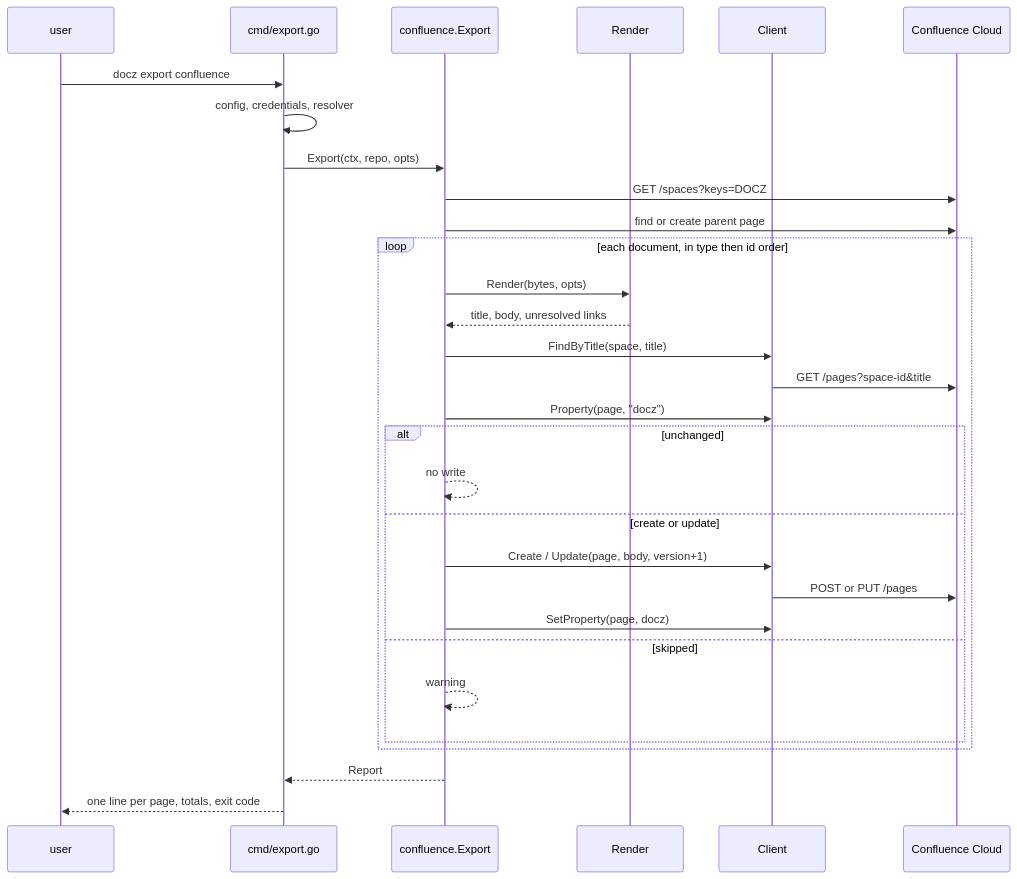
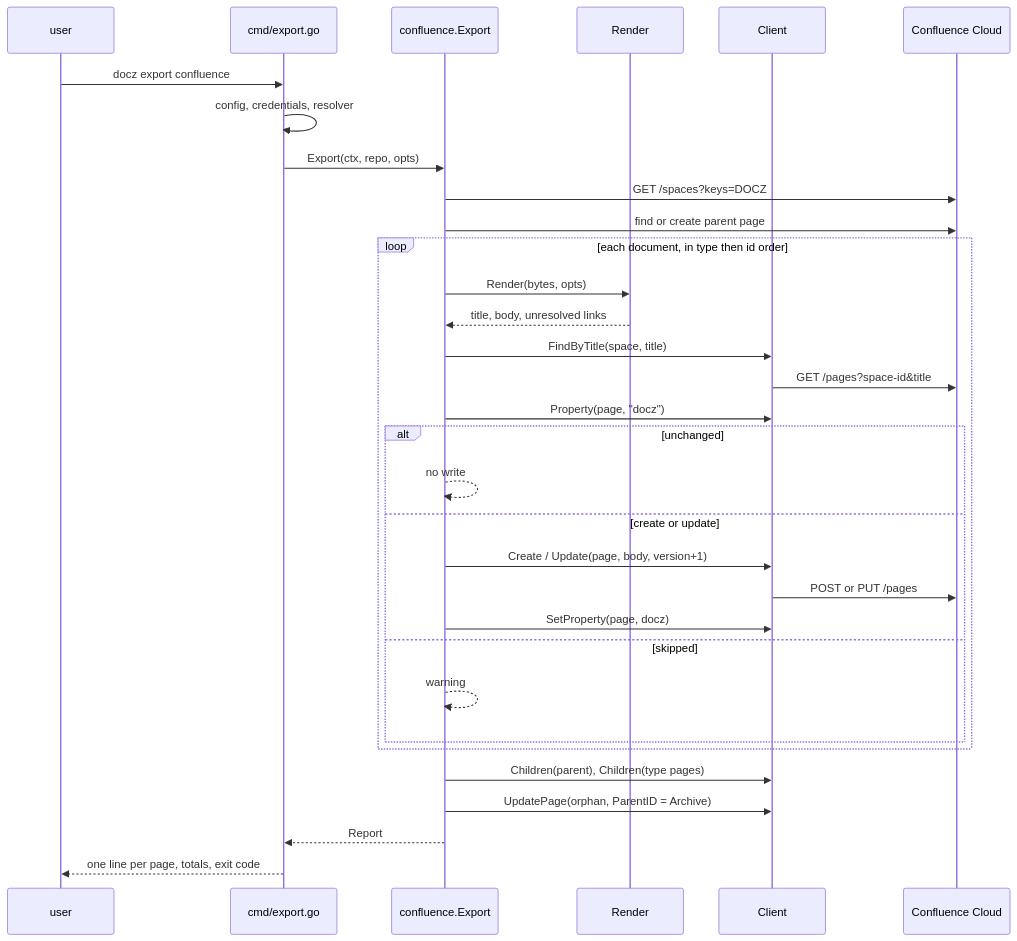
Before and after one commit to donaldgifford/docz: the third of 3 diagrams in docs/design/0020-confluence-export-docz-documents-as-confluence-cloud-pages.md, drawn with Mermaid. The commit also changed other lines of this file, not shown here.

````diff
--- a/docs/design/0020-confluence-export-docz-documents-as-confluence-cloud-pages.md
+++ b/docs/design/0020-confluence-export-docz-documents-as-confluence-cloud-pages.md
@@ -455,33 +504,35 @@
 ```mermaid
 sequenceDiagram
   participant U as user
   participant C as cmd/export.go
   participant X as confluence.Export
   participant R as Render
   participant K as Client
   participant CF as Confluence Cloud
 
   U->>C: docz export confluence
   C->>C: config, credentials, resolver
   C->>X: Export(ctx, repo, opts)
   X->>CF: GET /spaces?keys=DOCZ
   X->>CF: find or create parent page
   loop each document, in type then id order
     X->>R: Render(bytes, opts)
     R-->>X: title, body, unresolved links
     X->>K: FindByTitle(space, title)
     K->>CF: GET /pages?space-id&title
     X->>K: Property(page, "docz")
     alt unchanged
       X-->>X: no write
     else create or update
       X->>K: Create / Update(page, body, version+1)
       K->>CF: POST or PUT /pages
       X->>K: SetProperty(page, docz)
     else skipped
       X-->>X: warning
     end
   end
+  X->>K: Children(parent), Children(type pages)
+  X->>K: UpdatePage(orphan, ParentID = Archive)
   X-->>C: Report
   C-->>U: one line per page, totals, exit code
 ```
````
